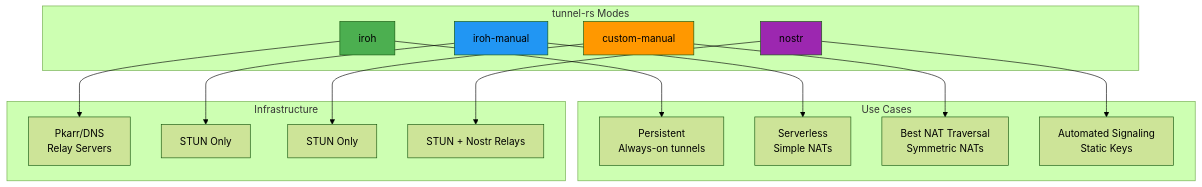
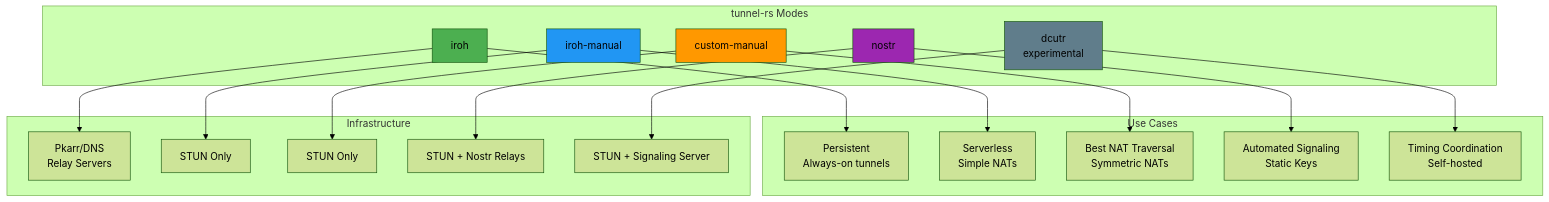
One commit to andrewtheguy/vpn-rs changed the first of 40 diagrams in docs/ARCHITECTURE.md. Above: the diagram before and after it, drawn with Mermaid (forest theme). The commit also changed other lines of this file and 3 other files, not shown here.

Commit message:
feat: add experimental DCUtR mode with timing-coordinated NAT hole punching and signaling server

````diff
--- a/docs/ARCHITECTURE.md
+++ b/docs/ARCHITECTURE.md
@@ -27,38 +28,44 @@
 ```mermaid
 graph TB
     subgraph "tunnel-rs Modes"
         A[iroh]
         B[iroh-manual]
         C[custom-manual]
         D2[nostr]
+        D3[dcutr<br/>experimental]
     end
 
     subgraph "Use Cases"
         D[Persistent<br/>Always-on tunnels]
         E[Serverless<br/>Simple NATs]
         F[Best NAT Traversal<br/>Symmetric NATs]
         F2[Automated Signaling<br/>Static Keys]
+        F3[Timing Coordination<br/>Self-hosted]
     end
 
     subgraph "Infrastructure"
         G[Pkarr/DNS<br/>Relay Servers]
         H[STUN Only]
         I[STUN Only]
         I2[STUN + Nostr Relays]
+        I3[STUN + Signaling Server]
     end
 
     A --> D
     B --> E
     C --> F
     D2 --> F2
+    D3 --> F3
 
     A --> G
     B --> H
     C --> I
     D2 --> I2
+    D3 --> I3
 
     style A fill:#4CAF50
     style B fill:#2196F3
     style C fill:#FF9800
     style D2 fill:#9C27B0
+    style D3 fill:#607D8B
 ```
````
